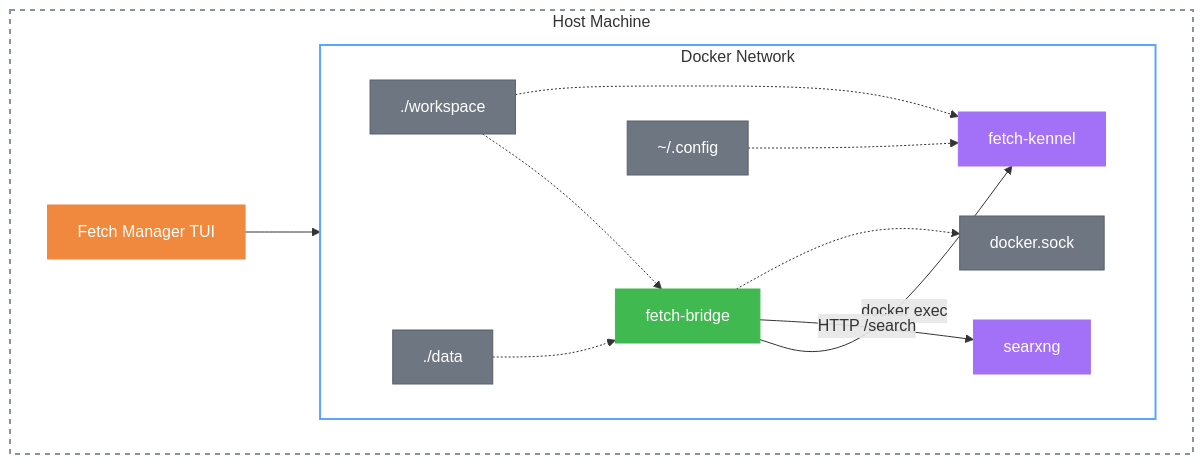
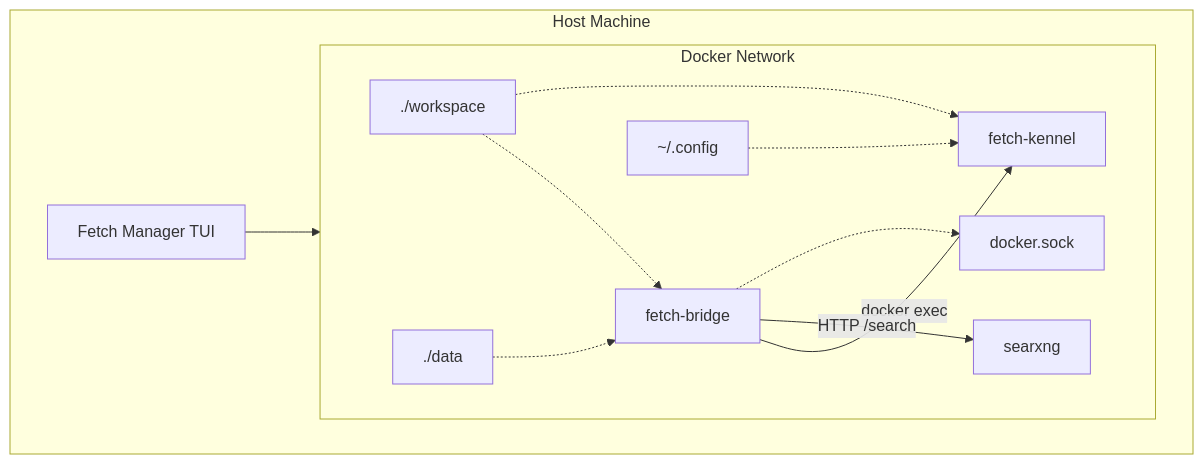
The third of 3 diagrams in docs/markdown/ARCHITECTURE.md (Traves-Theberge/Fetch), drawn with Mermaid before and after one commit. The commit also changed other lines of this file and 12 other files, not shown here.

````diff
--- a/docs/markdown/ARCHITECTURE.md
+++ b/docs/markdown/ARCHITECTURE.md
@@ -326,42 +307,29 @@
 ```mermaid
 graph TB
     subgraph Host["Host Machine"]
         Manager["Fetch Manager TUI"]
         Socket["docker.sock"]
         
         subgraph Docker["Docker Network"]
             direction LR
             
             Bridge["fetch-bridge"]
             Kennel["fetch-kennel"]
             SearXNG["searxng"]
 
             Bridge -- "docker exec" --> Kennel
             Bridge -- "HTTP /search" --> SearXNG
             Bridge -.-> Socket
             
             Vol1["./workspace"] -.-> Bridge
             Vol1 -.-> Kennel
             
             Vol2["./data"] -.-> Bridge
             
             Vol3["~/.config"] -.-> Kennel
         end
     end
     
     Manager --> Socket
     
-    classDef bridge fill:#3fb950,stroke:#3fb950,color:#fff
-    classDef kennel fill:#a371f7,stroke:#a371f7,color:#fff
-    classDef manager fill:#f0883e,stroke:#f0883e,color:#fff
-    classDef docker fill:none,stroke:#58a6ff,stroke-width:2px
-    classDef host fill:none,stroke:#8b949e,stroke-width:2px,stroke-dasharray: 5 5
-    classDef volume fill:#6e7681,stroke:#57606a,color:#fff
-
-    class Bridge bridge
-    class Kennel,SearXNG kennel
-    class Manager manager
-    class Docker docker
-    class Host host
-    class Vol1,Vol2,Vol3,Socket volume
 ```
````
